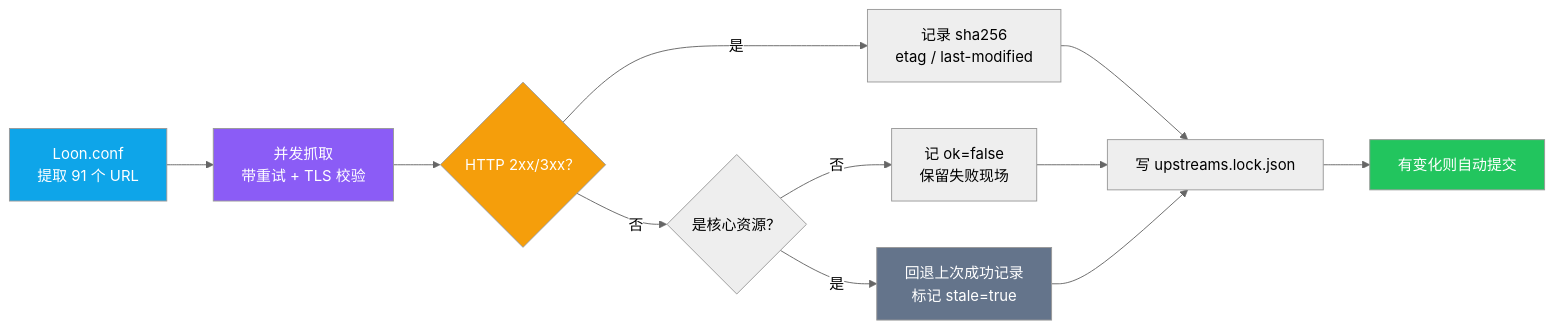
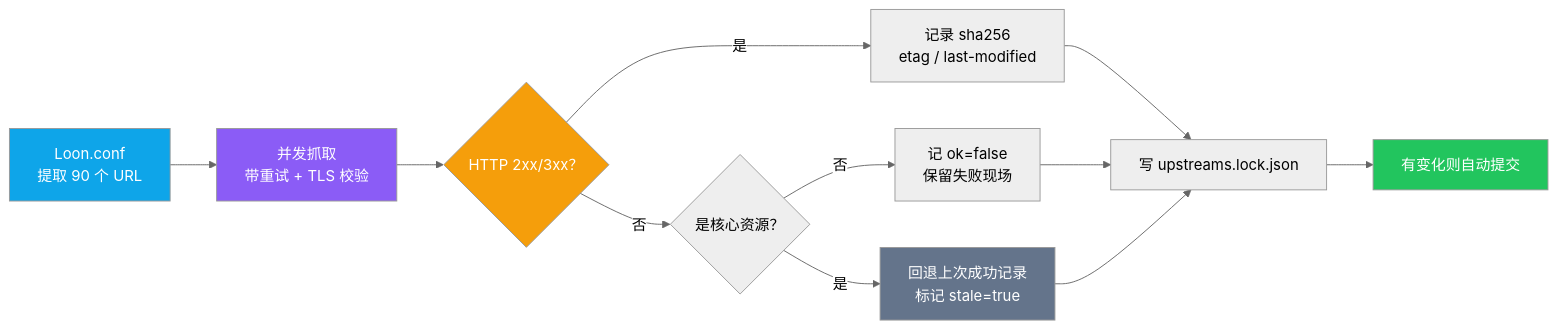
The second of 2 diagrams in README.md (abobb414/loon-config), drawn with Mermaid (neutral theme) before and after one commit. The commit also changed other lines of this file, not shown here.

Commit message:
docs: 资源数量同步为 90（图标改名后少一条 URL）

````diff
--- a/README.md
+++ b/README.md
@@ -170,19 +170,19 @@
 ```mermaid
 flowchart LR
-    A["Loon.conf<br/>提取 91 个 URL"] --> B["并发抓取<br/>带重试 + TLS 校验"]
+    A["Loon.conf<br/>提取 90 个 URL"] --> B["并发抓取<br/>带重试 + TLS 校验"]
     B --> C{"HTTP 2xx/3xx？"}
     C -->|"是"| D["记录 sha256<br/>etag / last-modified"]
     C -->|"否"| E{"是核心资源？"}
     E -->|"否"| F["记 ok=false<br/>保留失败现场"]
     E -->|"是"| G["回退上次成功记录<br/>标记 stale=true"]
     D --> H["写 upstreams.lock.json"]
     F --> H
     G --> H
     H --> I["有变化则自动提交"]
 
     style A fill:#0ea5e9,color:#fff
     style B fill:#8b5cf6,color:#fff
     style C fill:#f59e0b,color:#fff
     style G fill:#64748b,color:#fff
     style I fill:#22c55e,color:#fff
 ```
````
